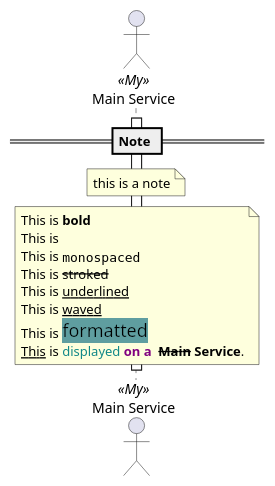
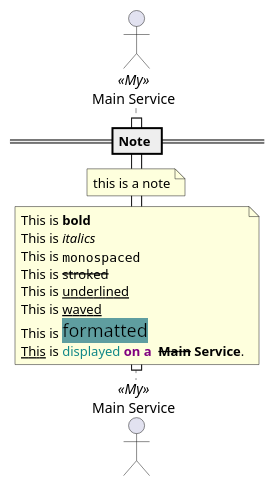
Before and after one commit to TypedUseCase/tuc-console: the diagram in docs/tuc/examples/note.puml, drawn with PlantUML. The commit also changed 18 other files, not shown here.

```diff
--- a/docs/tuc/examples/note.puml
+++ b/docs/tuc/examples/note.puml
@@ -1,22 +1,22 @@
 @startuml note
 
 == Note ==
 
 actor "Main Service" as MainService <<My>>
 
 activate MainService
 note over MainService: this is a note
 note over MainService
 This is **bold**
-This is
+This is //italics//
 This is ""monospaced""
 This is --stroked--
 This is __underlined__
 This is ~~waved~~
 This is <back:cadetblue><size:18>formatted</size></back>
 <u:red>This</u> is <color #118888>displayed</color> **<color purple>on a </color> <s:red>Main</strike> Service**.
 end note
 
 deactivate MainService
 
 @enduml
```
